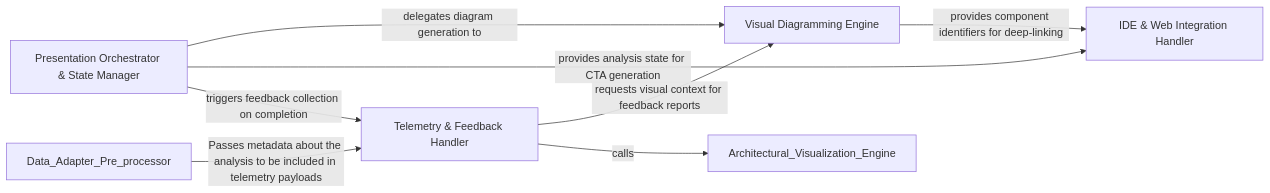
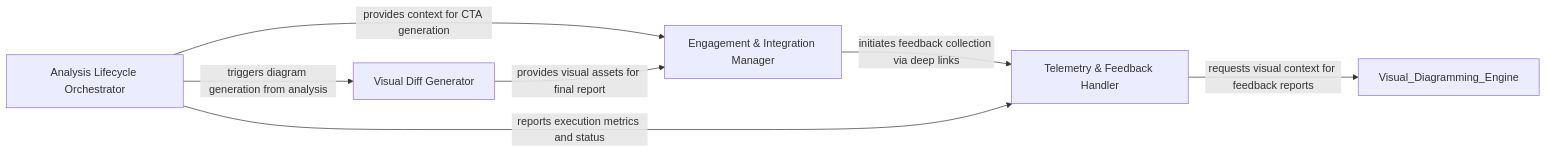
One commit to CodeBoarding/CodeBoarding-action changed the diagram in .codeboarding/UX_Integration_Layer.md. Above: the diagram before and after it, drawn with Mermaid. The commit also changed other lines of this file and 7 other files, not shown here.

Commit message:
chore(codeboarding): sync architecture baseline

````diff
--- a/.codeboarding/UX_Integration_Layer.md
+++ b/.codeboarding/UX_Integration_Layer.md
@@ -1,14 +1,13 @@
 ```mermaid
 graph LR
     Telemetry_Feedback_Handler["Telemetry & Feedback Handler"]
-    Presentation_Orchestrator_State_Manager["Presentation Orchestrator & State Manager"]
-    Visual_Diagramming_Engine["Visual Diagramming Engine"]
-    IDE_Web_Integration_Handler["IDE & Web Integration Handler"]
-    Presentation_Orchestrator_State_Manager -- "delegates diagram generation to" --> Visual_Diagramming_Engine
-    Presentation_Orchestrator_State_Manager -- "provides analysis state for CTA generation" --> IDE_Web_Integration_Handler
-    Presentation_Orchestrator_State_Manager -- "triggers feedback collection on completion" --> Telemetry_Feedback_Handler
-    Visual_Diagramming_Engine -- "provides component identifiers for deep-linking" --> IDE_Web_Integration_Handler
+    Analysis_Lifecycle_Orchestrator["Analysis Lifecycle Orchestrator"]
+    Visual_Diff_Generator["Visual Diff Generator"]
+    Engagement_Integration_Manager["Engagement & Integration Manager"]
+    Analysis_Lifecycle_Orchestrator -- "triggers diagram generation from analysis" --> Visual_Diff_Generator
+    Analysis_Lifecycle_Orchestrator -- "provides context for CTA generation" --> Engagement_Integration_Manager
+    Visual_Diff_Generator -- "provides visual assets for final report" --> Engagement_Integration_Manager
+    Engagement_Integration_Manager -- "initiates feedback collection via deep links" --> Telemetry_Feedback_Handler
+    Analysis_Lifecycle_Orchestrator -- "reports execution metrics and status" --> Telemetry_Feedback_Handler
     Telemetry_Feedback_Handler -- "requests visual context for feedback reports" --> Visual_Diagramming_Engine
-    Data_Adapter_Pre_processor -- "Passes metadata about the analysis to be included in telemetry payloads" --> Telemetry_Feedback_Handler
-    Telemetry_Feedback_Handler -- "calls" --> Architectural_Visualization_Engine
 ```
````
